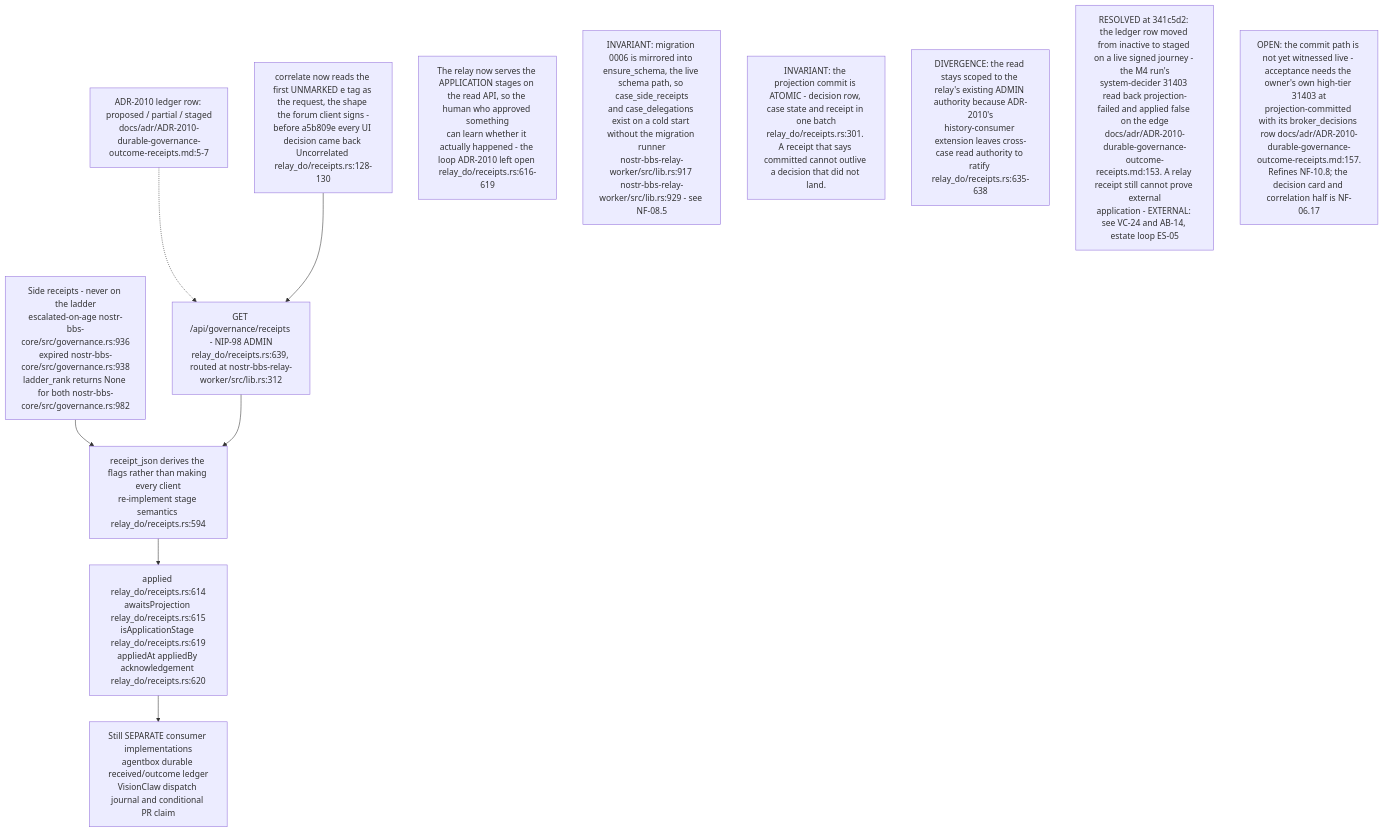
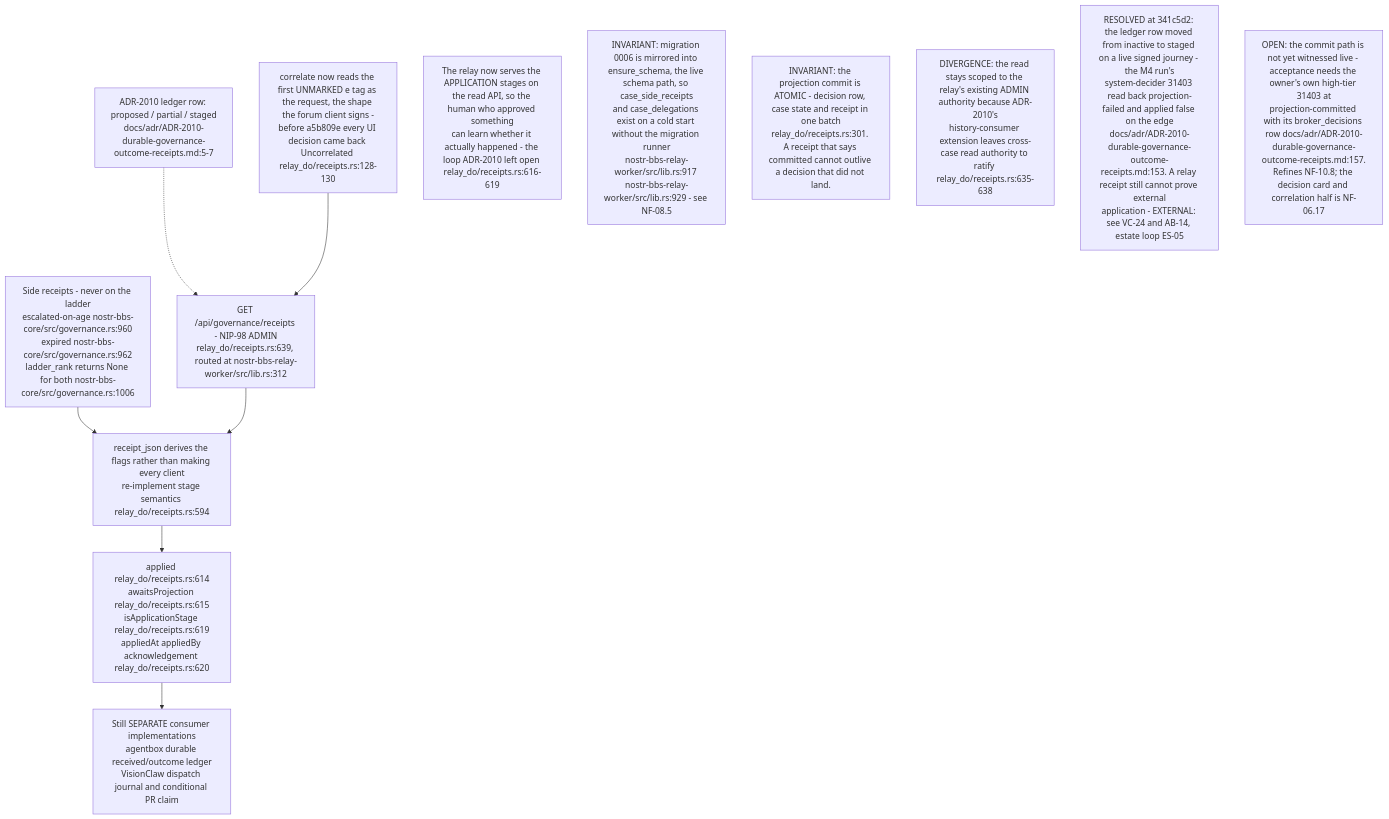
One commit to DreamLab-AI/VisionFlow changed the ninth of 16 diagrams in docs/diagrams/nostr-rust-forum/11-relay-durable-object-internals.md. Above: the diagram before and after it, drawn with Mermaid. The commit also changed other lines of this file and 111 other files, not shown here.

Commit message:
docs(diagrams): align estate maps with current source

````diff
--- a/docs/diagrams/nostr-rust-forum/11-relay-durable-object-internals.md
+++ b/docs/diagrams/nostr-rust-forum/11-relay-durable-object-internals.md
@@ -289,23 +289,23 @@
 ```mermaid
 flowchart TB
-    SIDE["Side receipts - never on the ladder<br/>escalated-on-age nostr-bbs-core/src/governance.rs:936<br/>expired nostr-bbs-core/src/governance.rs:938<br/>ladder_rank returns None for both nostr-bbs-core/src/governance.rs:982"]
+    SIDE["Side receipts - never on the ladder<br/>escalated-on-age nostr-bbs-core/src/governance.rs:960<br/>expired nostr-bbs-core/src/governance.rs:962<br/>ladder_rank returns None for both nostr-bbs-core/src/governance.rs:1006"]
     API["GET /api/governance/receipts - NIP-98 ADMIN<br/>relay_do/receipts.rs:639, routed at nostr-bbs-relay-worker/src/lib.rs:312"]
     JSON["receipt_json derives the flags rather than making every client<br/>re-implement stage semantics relay_do/receipts.rs:594"]
     FLAGS["applied relay_do/receipts.rs:614<br/>awaitsProjection relay_do/receipts.rs:615<br/>isApplicationStage relay_do/receipts.rs:619<br/>appliedAt appliedBy acknowledgement relay_do/receipts.rs:620"]
     LEDGER["ADR-2010 ledger row: proposed / partial / staged<br/>docs/adr/ADR-2010-durable-governance-outcome-receipts.md:5-7"]
     CORR["correlate now reads the first UNMARKED e tag as the request, the shape the forum client signs -<br/>before a5b809e every UI decision came back Uncorrelated relay_do/receipts.rs:128-130"]
     OPEN["Still SEPARATE consumer implementations<br/>agentbox durable received/outcome ledger<br/>VisionClaw dispatch journal and conditional PR claim"]
 
     SIDE --> JSON
     API --> JSON --> FLAGS
     LEDGER -.-> API
     CORR --> API
     FLAGS --> OPEN
 
     N1["The relay now serves the APPLICATION stages on the read API, so the human who approved something<br/>can learn whether it actually happened - the loop ADR-2010 left open relay_do/receipts.rs:616-619"]
     N6["INVARIANT: migration 0006 is mirrored into ensure_schema, the live schema path, so case_side_receipts<br/>and case_delegations exist on a cold start without the migration runner<br/>nostr-bbs-relay-worker/src/lib.rs:917 nostr-bbs-relay-worker/src/lib.rs:929 - see NF-08.5"]
     N2["INVARIANT: the projection commit is ATOMIC - decision row, case state and receipt in one batch<br/>relay_do/receipts.rs:301. A receipt that says committed cannot outlive a decision that did not land."]
     N3["DIVERGENCE: the read stays scoped to the relay's existing ADMIN authority because ADR-2010's<br/>history-consumer extension leaves cross-case read authority to ratify relay_do/receipts.rs:635-638"]
     N4["RESOLVED at 341c5d2: the ledger row moved from inactive to staged on a live signed journey - the M4 run's<br/>system-decider 31403 read back projection-failed and applied false on the edge<br/>docs/adr/ADR-2010-durable-governance-outcome-receipts.md:153. A relay receipt still cannot prove external<br/>application - EXTERNAL: see VC-24 and AB-14, estate loop ES-05"]
     N5["OPEN: the commit path is not yet witnessed live - acceptance needs the owner's own high-tier 31403 at<br/>projection-committed with its broker_decisions row docs/adr/ADR-2010-durable-governance-outcome-receipts.md:157.<br/>Refines NF-10.8; the decision card and correlation half is NF-06.17"]
 ```
````
